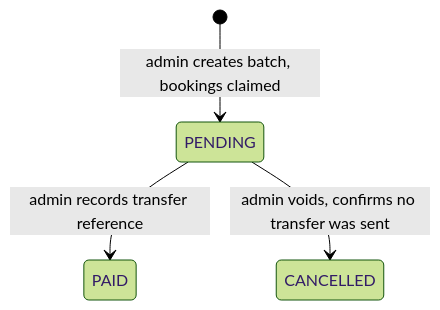
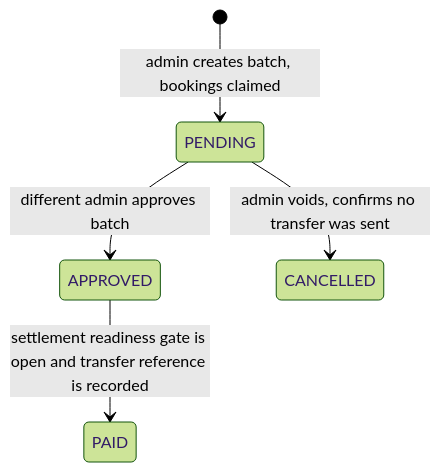
The seventh of 8 diagrams in SYSTEM.md (absangi00911-beep/hostello), drawn with Mermaid (forest theme) before and after one commit. The commit also changed other lines of this file and 15 other files, not shown here.

````diff
--- a/SYSTEM.md
+++ b/SYSTEM.md
@@ -397,6 +400,7 @@
 ```mermaid
 stateDiagram-v2
   [*] --> PENDING: admin creates batch, bookings claimed
-  PENDING --> PAID: admin records transfer reference
+  PENDING --> APPROVED: different admin approves batch
+  APPROVED --> PAID: settlement readiness gate is open and transfer reference is recorded
   PENDING --> CANCELLED: admin voids, confirms no transfer was sent
 ```
````
